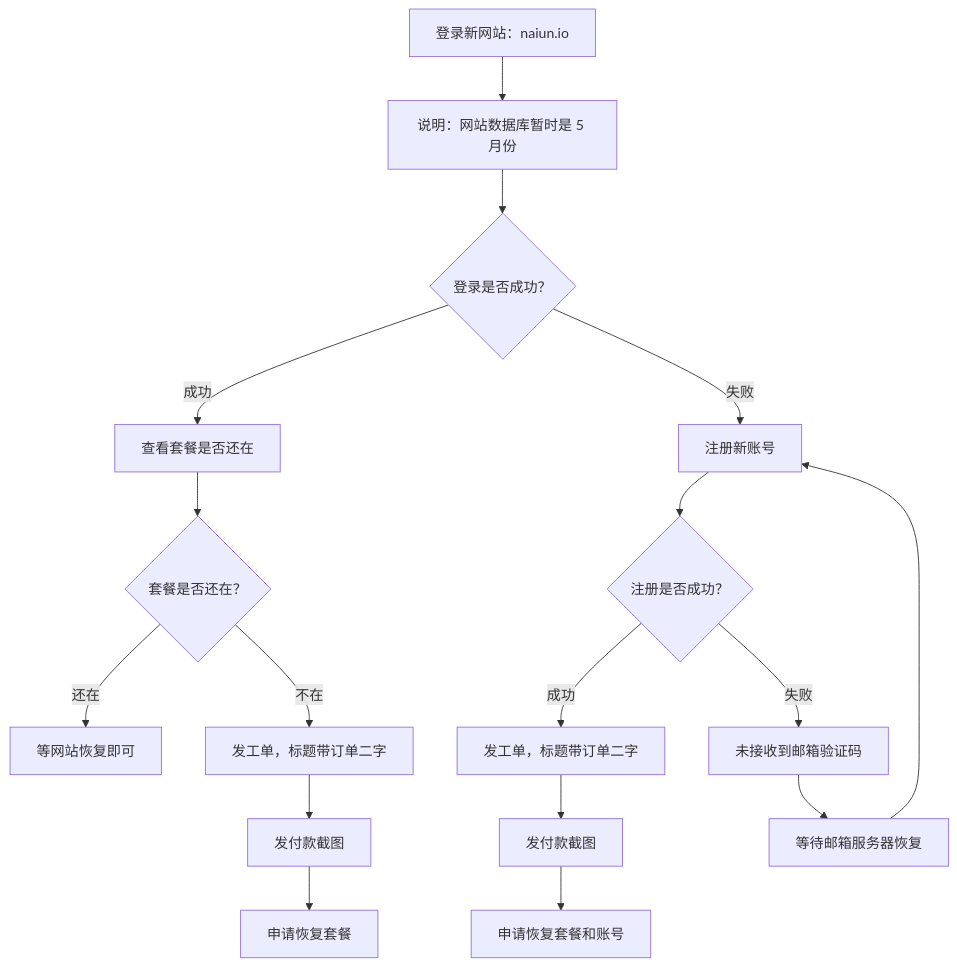
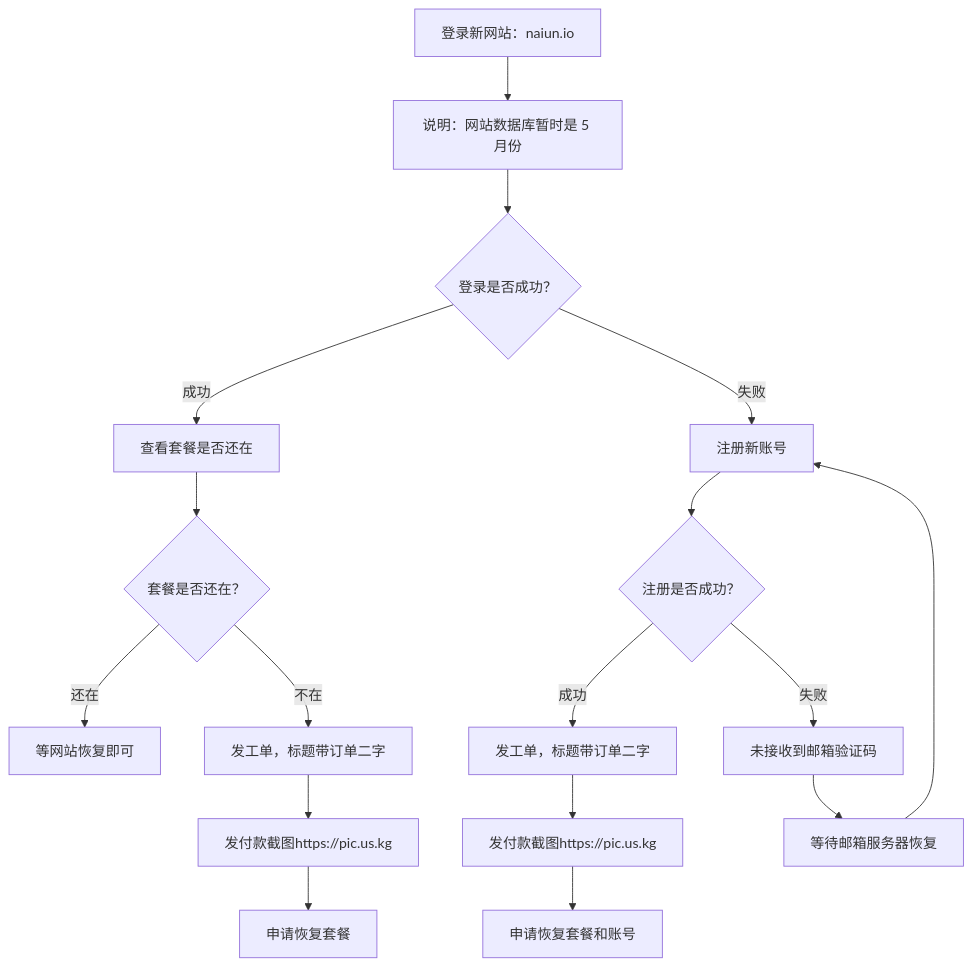
One commit to jdnei/naiyun changed the diagram in README.md. Above: the diagram before and after it, drawn with Mermaid.

````diff
--- a/README.md
+++ b/README.md
@@ -159,26 +159,27 @@
 ```mermaid
 flowchart TD
     B[登录新网站：naiun.io]
     B --> C[说明：网站数据库暂时是 5 月份]
     C --> D{登录是否成功？}
 
     D -->|成功| E[查看套餐是否还在]
     E --> F{套餐是否还在？}
 
     F -->|还在| G[等网站恢复即可]
     F -->|不在| H[发工单，标题带订单二字]
-    H --> I[发付款截图]
+    H --> I[发付款截图https://pic.us.kg]
     I --> J[申请恢复套餐]
 
     D -->|失败| K[注册新账号]
     K --> L{注册是否成功？}
 
     L -->|成功| M[发工单，标题带订单二字]
-    M --> N[发付款截图]
+    M --> N[发付款截图https://pic.us.kg]
     N --> O[申请恢复套餐和账号]
 
     L -->|失败| P[未接收到邮箱验证码]
     P --> Q[等待邮箱服务器恢复]
     Q --> K
     click B "https://naiun.io/#/register?code=KacwlzHN" "打开 naiun.io"
+    click I "https://pic.us.kg" "打开 pic.us.kg"
 ```
````
